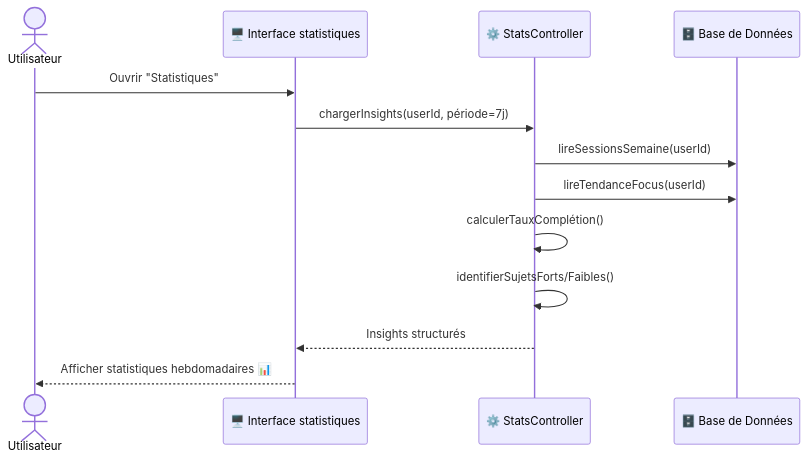
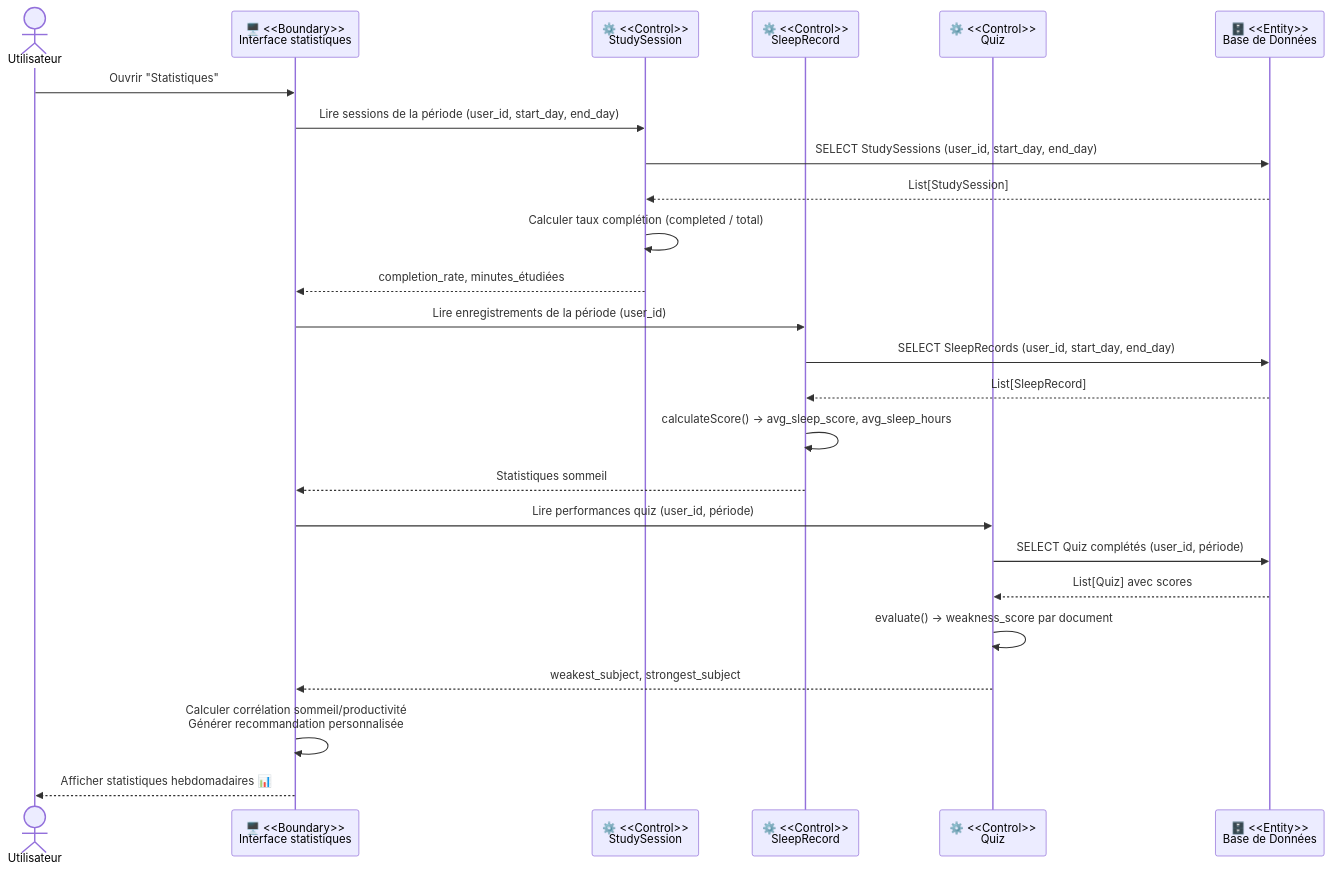
One commit to Jkacem/smart_focus changed diagram 20 of 20 in docs/Conception_DiagrammeSequence.md. Above: the diagram before and after it, drawn with Mermaid. The commit also changed other lines of this file and 31 other files, not shown here.

````diff
--- a/docs/Conception_DiagrammeSequence.md
+++ b/docs/Conception_DiagrammeSequence.md
@@ -475,18 +681,32 @@
 ```mermaid
 sequenceDiagram
     actor Utilisateur
-    participant B as 🖥️ Interface statistiques
-    participant C as ⚙️ StatsController
-    participant E as 🗄️ Base de Données
+    participant B  as 🖥️ <<Boundary>><br/>Interface statistiques
+    participant SS as ⚙️ <<Control>><br/>StudySession
+    participant SR as ⚙️ <<Control>><br/>SleepRecord
+    participant QZ as ⚙️ <<Control>><br/>Quiz
+    participant E  as 🗄️ <<Entity>><br/>Base de Données
 
     Utilisateur->>B: Ouvrir "Statistiques"
-    B->>C: chargerInsights(userId, période=7j)
 
-    C->>E: lireSessionsSemaine(userId)
-    C->>E: lireTendanceFocus(userId)
-    C->>C: calculerTauxComplétion()
-    C->>C: identifierSujetsForts/Faibles()
+    B->>SS: Lire sessions de la période (user_id, start_day, end_day)
+    SS->>E: SELECT StudySessions (user_id, start_day, end_day)
+    E-->>SS: List[StudySession]
+    SS->>SS: Calculer taux complétion (completed / total)
+    SS-->>B: completion_rate, minutes_étudiées
 
-    C-->>B: Insights structurés
+    B->>SR: Lire enregistrements de la période (user_id)
+    SR->>E: SELECT SleepRecords (user_id, start_day, end_day)
+    E-->>SR: List[SleepRecord]
+    SR->>SR: calculateScore() → avg_sleep_score, avg_sleep_hours
+    SR-->>B: Statistiques sommeil
+
+    B->>QZ: Lire performances quiz (user_id, période)
+    QZ->>E: SELECT Quiz complétés (user_id, période)
+    E-->>QZ: List[Quiz] avec scores
+    QZ->>QZ: evaluate() → weakness_score par document
+    QZ-->>B: weakest_subject, strongest_subject
+
+    B->>B: Calculer corrélation sommeil/productivité<br/>Générer recommandation personnalisée
     B-->>Utilisateur: Afficher statistiques hebdomadaires 📊
 ```
````
